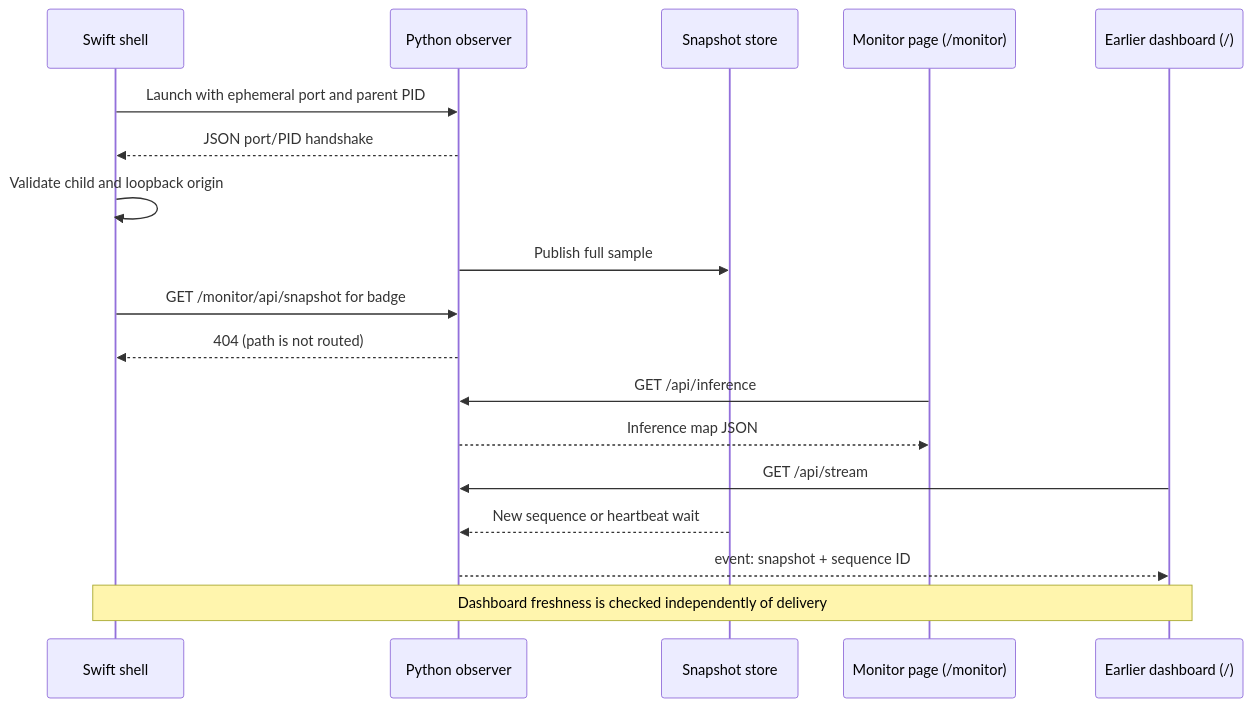
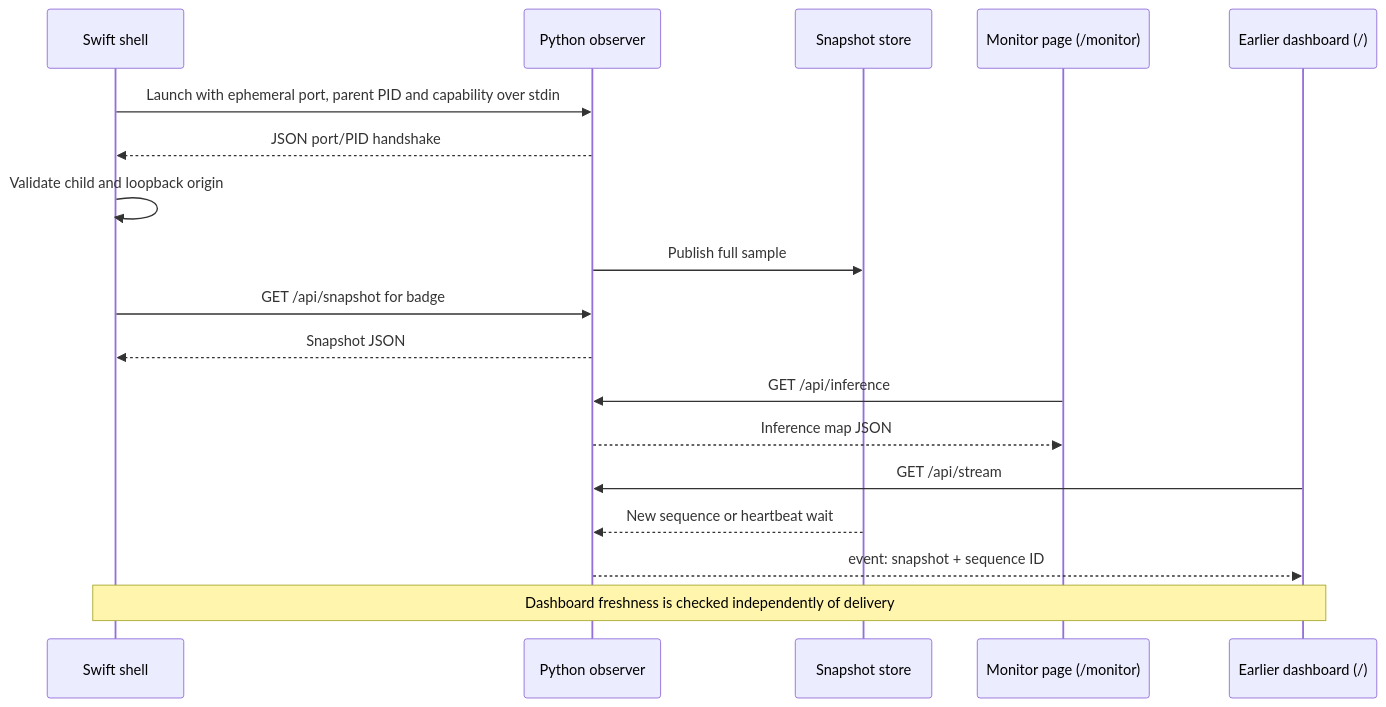
The second of 4 diagrams in docs/architecture.md (louiscalata/agiw-suite), drawn with Mermaid before and after one commit. The commit also changed other lines of this file and 21 other files, not shown here.

First line of the commit message:
Clarify source release status, replace artwork with Mermaid, and standardize PRs

````diff
--- a/docs/architecture.md
+++ b/docs/architecture.md
@@ -79,20 +84,20 @@
 ```mermaid
 sequenceDiagram
     participant Shell as Swift shell
     participant Observer as Python observer
     participant Store as Snapshot store
     participant Web as Monitor page (/monitor)
     participant Dashboard as Earlier dashboard (/)
-    Shell->>Observer: Launch with ephemeral port and parent PID
+    Shell->>Observer: Launch with ephemeral port, parent PID and capability over stdin
     Observer-->>Shell: JSON port/PID handshake
     Shell->>Shell: Validate child and loopback origin
     Observer->>Store: Publish full sample
-    Shell->>Observer: GET /monitor/api/snapshot for badge
-    Observer-->>Shell: 404 (path is not routed)
+    Shell->>Observer: GET /api/snapshot for badge
+    Observer-->>Shell: Snapshot JSON
     Web->>Observer: GET /api/inference
     Observer-->>Web: Inference map JSON
     Dashboard->>Observer: GET /api/stream
     Store-->>Observer: New sequence or heartbeat wait
     Observer-->>Dashboard: event: snapshot + sequence ID
     Note over Shell,Dashboard: Dashboard freshness is checked independently of delivery
 ```
````
